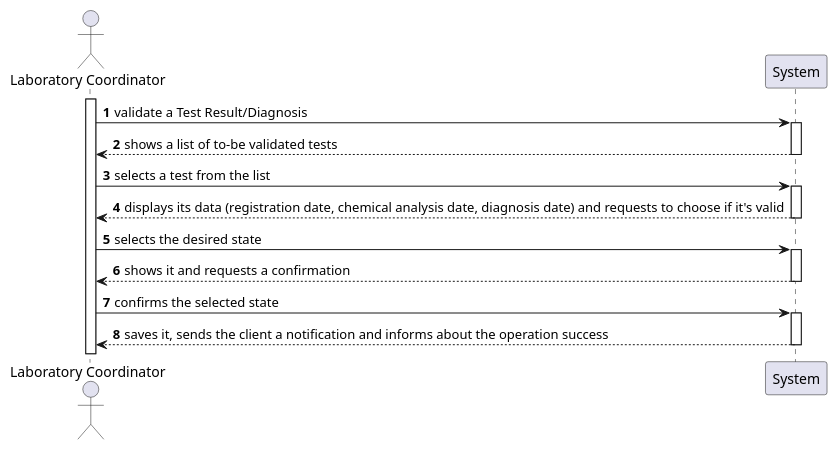
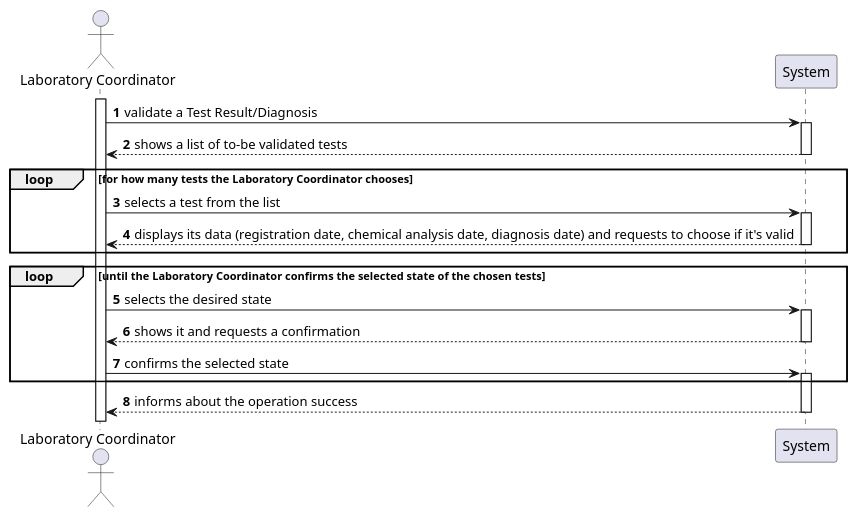
The diagram in docs/SprintC/US15/US15-SSD.puml (0franciscor/lei-21-s2-1de-g19), drawn with PlantUML before and after one commit. The commit also changed 13 other files, not shown here.

Commit message:
[US15 e US9] - Alteração dos diagramas SD, CD e SSD, MD

```diff
--- a/docs/SprintC/US15/US15-SSD.puml
+++ b/docs/SprintC/US15/US15-SSD.puml
@@ -1,16 +1,20 @@
 @startuml
 autonumber
 
 actor "Laboratory Coordinator" as labC
 activate labC
 
 labC -> System ++: validate a Test Result/Diagnosis
 System --> labC --: shows a list of to-be validated tests
+loop for how many tests the Laboratory Coordinator chooses
 labC -> System ++: selects a test from the list
 System -->  labC --: displays its data (registration date, chemical analysis date, diagnosis date) and requests to choose if it's valid
+end
+loop until the Laboratory Coordinator confirms the selected state of the chosen tests
 labC ->  System ++: selects the desired state
 System --> labC --: shows it and requests a confirmation
 labC -> System ++: confirms the selected state
-System --> labC --: saves it, sends the client a notification and informs about the operation success
+end
+System --> labC --: informs about the operation success
 
 @enduml
```
